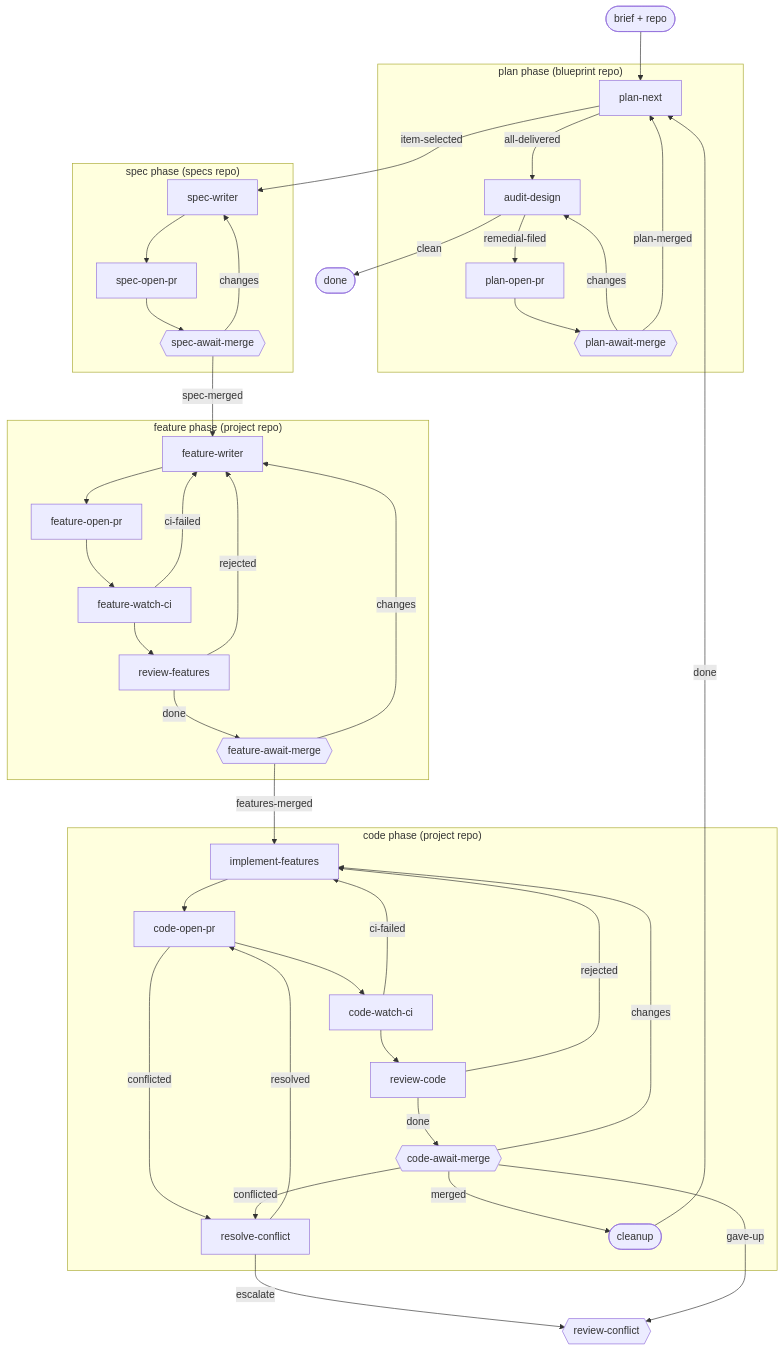
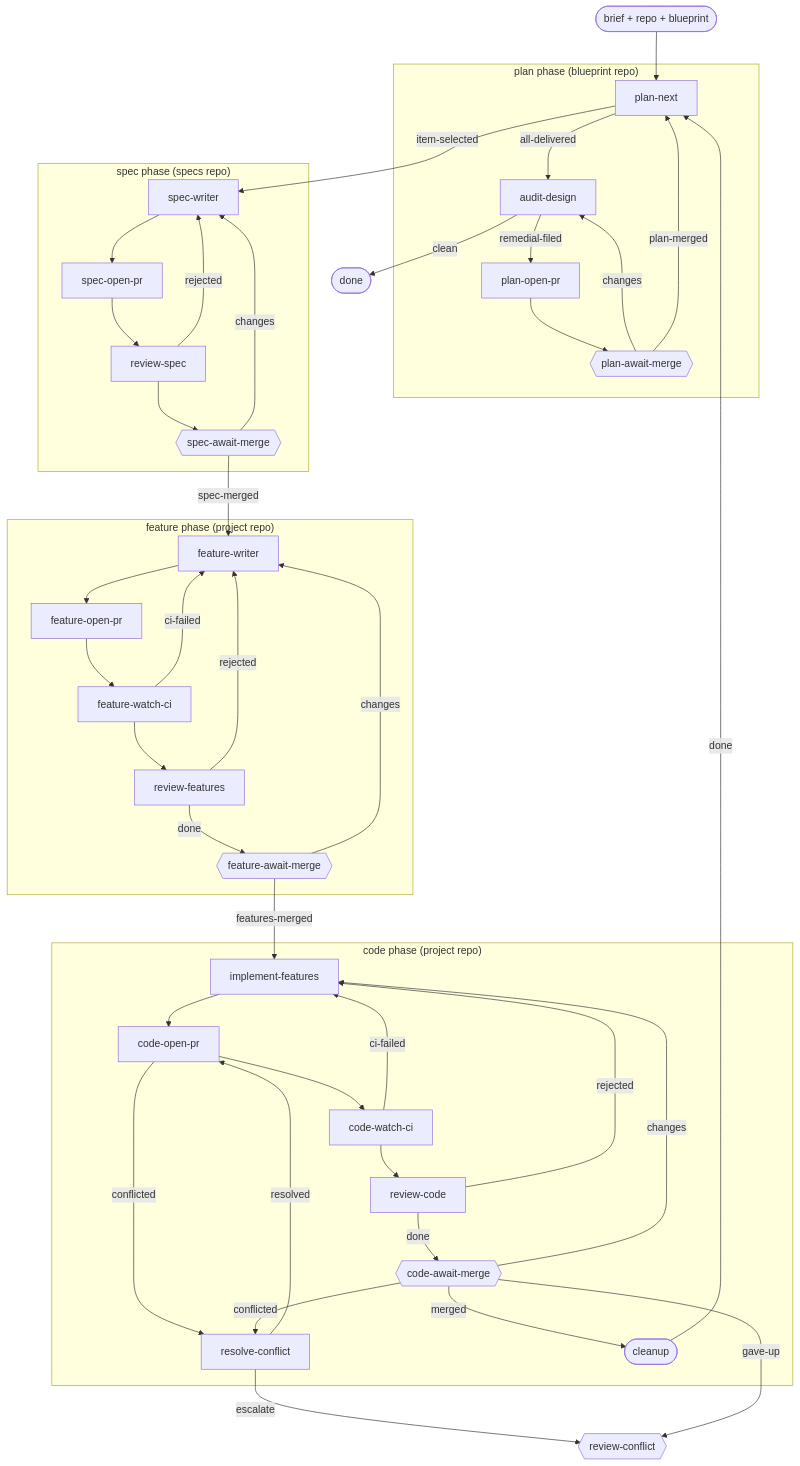
Before and after one commit to kenmclennan/flynns-workflows: the diagram in docs/blueprint-delivery.md, drawn with Mermaid. The commit also changed other lines of this file and 4 other files, not shown here.

First line of the commit message:
feat(workflows): spec references the design, add review-spec

````diff
--- a/docs/blueprint-delivery.md
+++ b/docs/blueprint-delivery.md
@@ -15,40 +17,41 @@
 ```mermaid
 flowchart TD
-    brief(["brief + repo"]) --> PN
+    brief(["brief + repo + blueprint"]) --> PN
     PN -->|item-selected| SW["spec-writer"]
     subgraph S ["spec phase (specs repo)"]
-        SW --> SOP["spec-open-pr"] --> SAM{{"spec-await-merge"}}
+        SW --> SOP["spec-open-pr"] --> RS["review-spec"] --> SAM{{"spec-await-merge"}}
+        RS -->|rejected| SW
         SAM -->|changes| SW
     end
     SAM -->|spec-merged| FW["feature-writer"]
     subgraph F ["feature phase (project repo)"]
         FW --> FOP["feature-open-pr"] --> FCI["feature-watch-ci"] --> RF["review-features"]
         FCI -->|ci-failed| FW
         RF -->|rejected| FW
         RF -->|done| FAM{{"feature-await-merge"}}
         FAM -->|changes| FW
     end
     FAM -->|features-merged| IF["implement-features"]
     subgraph C ["code phase (project repo)"]
         IF --> COP["code-open-pr"] --> WCI["code-watch-ci"] --> RC["review-code"]
         WCI -->|ci-failed| IF
         RC -->|rejected| IF
         RC -->|done| CAM{{"code-await-merge"}}
         CAM -->|changes| IF
         COP -->|conflicted| RCF["resolve-conflict"]
         CAM -->|conflicted| RCF
         RCF -->|resolved| COP
         CAM -->|merged| CU(["cleanup"])
     end
     RCF -->|escalate| RCON{{"review-conflict"}}
     CAM -->|gave-up| RCON
     CU -->|done| PN
     subgraph P ["plan phase (blueprint repo)"]
         PN["plan-next"]
         PN -->|all-delivered| AD["audit-design"]
         AD -->|remedial-filed| POP["plan-open-pr"] --> PAM{{"plan-await-merge"}}
         PAM -->|changes| AD
     end
     PAM -->|plan-merged| PN
     AD -->|clean| DONE(["done"])
 ```
````
